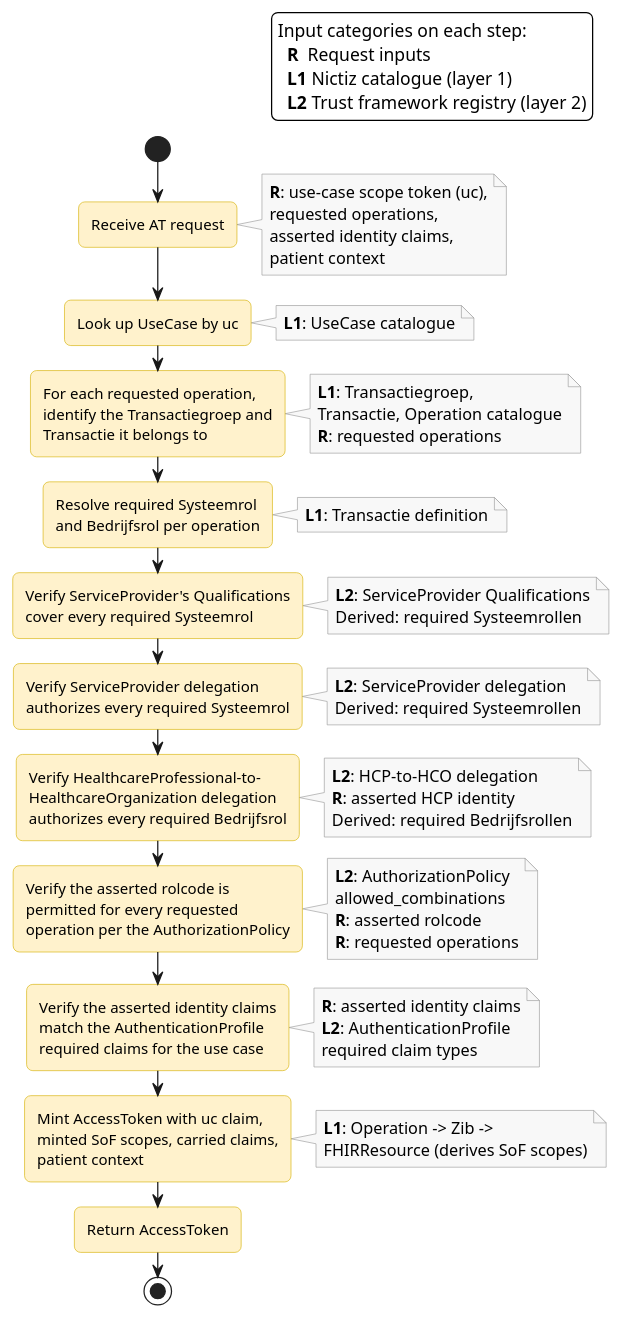
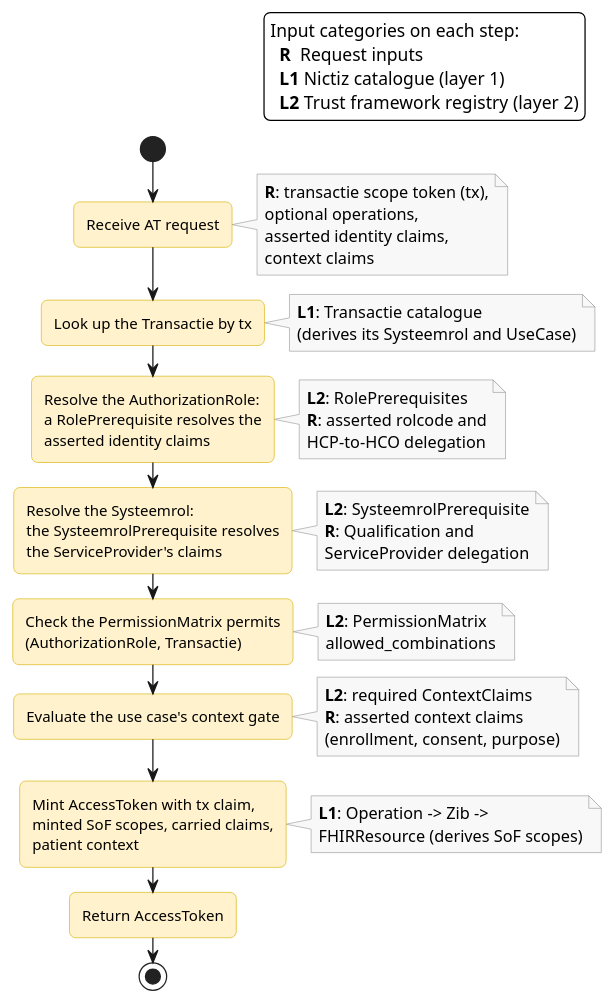
Before and after one commit to nuts-foundation/nl-generic-functions-ig: the diagram in input/images-source/authorization-model-evaluation.plantuml, drawn with PlantUML. The commit also changed 5 other files, not shown here.

First line of the commit message:
Update model with role prerequisites

```diff
--- a/input/images-source/authorization-model-evaluation.plantuml
+++ b/input/images-source/authorization-model-evaluation.plantuml
@@ -5,106 +5,82 @@
 @startuml authorization-model-evaluation
 
 skinparam defaultFontName Arial
 skinparam backgroundColor white
 skinparam roundcorner 10
 skinparam activity {
   BackgroundColor #FFF2CC
   BorderColor #D6B000
 }
 skinparam noteBackgroundColor #F8F8F8
 skinparam noteBorderColor #999999
 
 ' Happy path. Any check failure results in rejection (not shown).
 
 legend top right
   Input categories on each step:
     **R**  Request inputs
     **L1** Nictiz catalogue (layer 1)
     **L2** Trust framework registry (layer 2)
 endlegend
 
 start
 
 :Receive AT request;
 note right
-  **R**: use-case scope token (uc),
-  requested operations,
+  **R**: transactie scope token (tx),
+  optional operations,
   asserted identity claims,
-  patient context
+  context claims
 end note
 
-:Look up UseCase by uc;
+:Look up the Transactie by tx;
 note right
-  **L1**: UseCase catalogue
+  **L1**: Transactie catalogue
+  (derives its Systeemrol and UseCase)
 end note
 
-:For each requested operation,
-identify the Transactiegroep and
-Transactie it belongs to;
+:Resolve the AuthorizationRole:
+a RolePrerequisite resolves the
+asserted identity claims;
 note right
-  **L1**: Transactiegroep,
-  Transactie, Operation catalogue
-  **R**: requested operations
+  **L2**: RolePrerequisites
+  **R**: asserted rolcode and
+  HCP-to-HCO delegation
 end note
 
-:Resolve required Systeemrol
-and Bedrijfsrol per operation;
+:Resolve the Systeemrol:
+the SysteemrolPrerequisite resolves
+the ServiceProvider's claims;
 note right
-  **L1**: Transactie definition
+  **L2**: SysteemrolPrerequisite
+  **R**: Qualification and
+  ServiceProvider delegation
 end note
 
-:Verify ServiceProvider's Qualifications
-cover every required Systeemrol;
+:Check the PermissionMatrix permits
+(AuthorizationRole, Transactie);
 note right
-  **L2**: ServiceProvider Qualifications
-  Derived: required Systeemrollen
+  **L2**: PermissionMatrix
+  allowed_combinations
 end note
 
-:Verify ServiceProvider delegation
-authorizes every required Systeemrol;
+:Evaluate the use case's context gate;
 note right
-  **L2**: ServiceProvider delegation
-  Derived: required Systeemrollen
+  **L2**: required ContextClaims
+  **R**: asserted context claims
+  (enrollment, consent, purpose)
 end note
 
-:Verify HealthcareProfessional-to-
-HealthcareOrganization delegation
-authorizes every required Bedrijfsrol;
-note right
-  **L2**: HCP-to-HCO delegation
-  **R**: asserted HCP identity
-  Derived: required Bedrijfsrollen
-end note
-
-:Verify the asserted rolcode is
-permitted for every requested
-operation per the AuthorizationPolicy;
-note right
-  **L2**: AuthorizationPolicy
-  allowed_combinations
-  **R**: asserted rolcode
-  **R**: requested operations
-end note
-
-:Verify the asserted identity claims
-match the AuthenticationProfile
-required claims for the use case;
-note right
-  **R**: asserted identity claims
-  **L2**: AuthenticationProfile
-  required claim types
-end note
-
-:Mint AccessToken with uc claim,
+:Mint AccessToken with tx claim,
 minted SoF scopes, carried claims,
 patient context;
 note right
   **L1**: Operation -> Zib ->
   FHIRResource (derives SoF scopes)
 end note
 
 :Return AccessToken;
 
 stop
 
 @enduml
```
